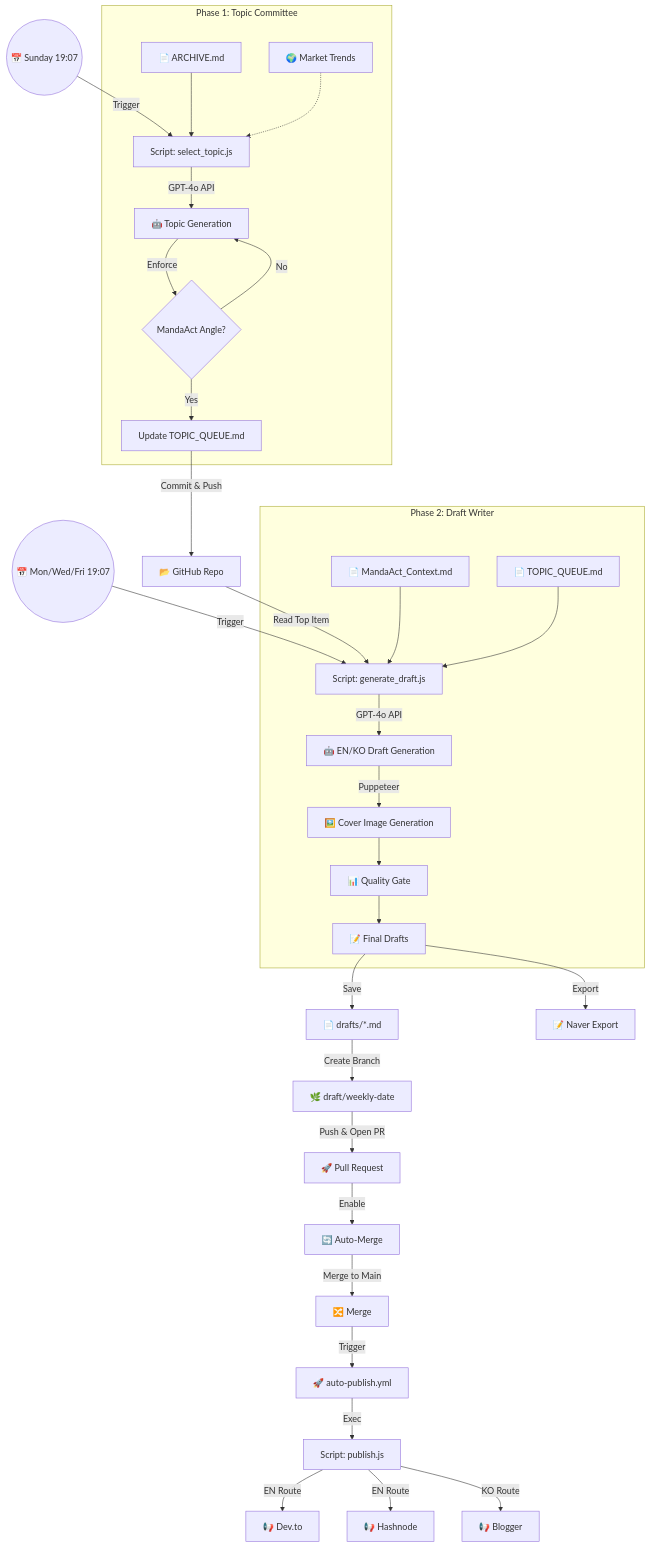
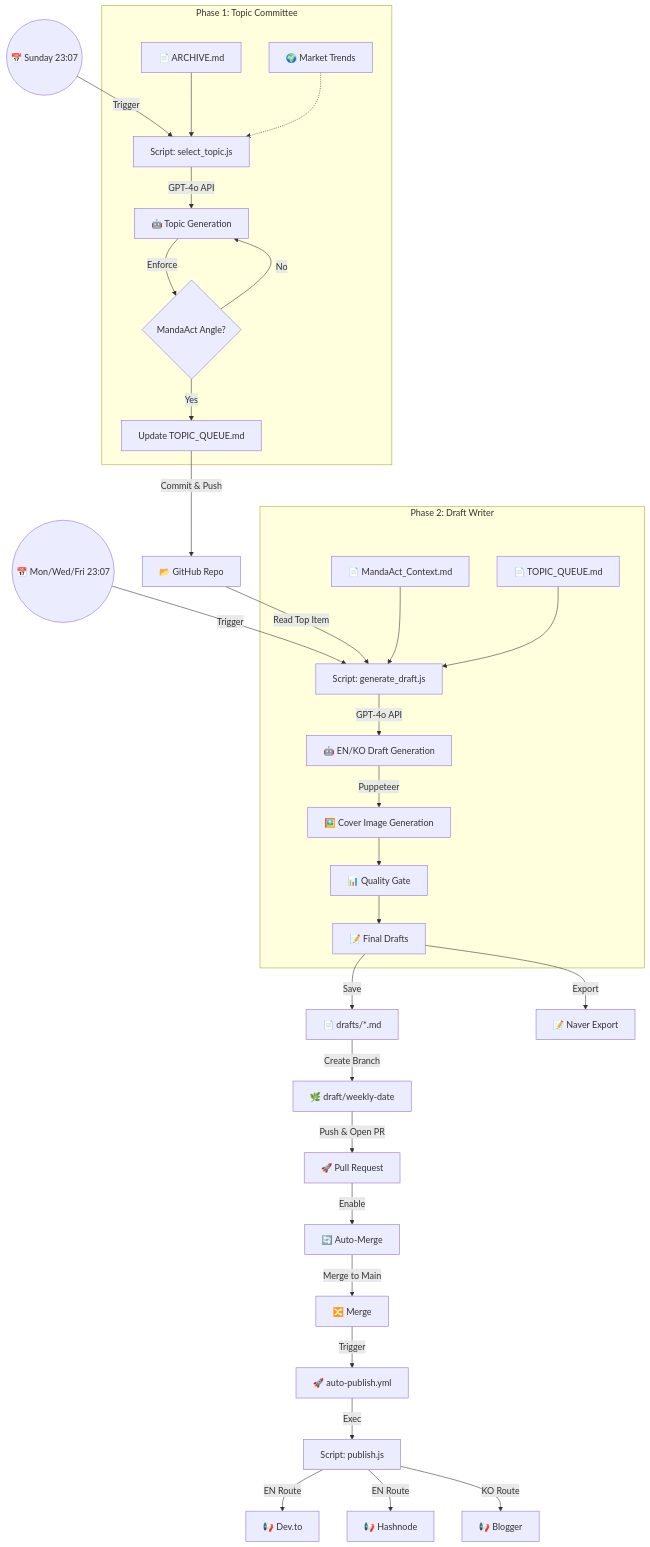
The diagram in AUTOMATION_FLOW.md (hevi35-coder/content-publisher), drawn with Mermaid before and after one commit. The commit also changed 5 other files, not shown here.

````diff
--- a/AUTOMATION_FLOW.md
+++ b/AUTOMATION_FLOW.md
@@ -5,47 +5,47 @@
 ```mermaid
 graph TD
     %% Schedules (KST)
-    Sunday((📅 Sunday 19:07)) -->|Trigger| TopicCommittee
-    MWF((📅 Mon/Wed/Fri 19:07)) -->|Trigger| DraftWriter
+    Sunday((📅 Sunday 23:07)) -->|Trigger| TopicCommittee
+    MWF((📅 Mon/Wed/Fri 23:07)) -->|Trigger| DraftWriter
 
     %% Phase 1: Topic Selection
     subgraph "Phase 1: Topic Committee"
         TopicCommittee[Script: select_topic.js]
         Archive[📄 ARCHIVE.md] --> TopicCommittee
         Trends[🌍 Market Trends] -.-> TopicCommittee
         TopicCommittee -->|GPT-4o API| AI_Topic[🤖 Topic Generation]
         AI_Topic -->|Enforce| MandaActAngle{MandaAct Angle?}
         MandaActAngle -- Yes --> QueueUpd[Update TOPIC_QUEUE.md]
         MandaActAngle -- No --> AI_Topic
     end
 
     %% Connection
     QueueUpd -->|Commit & Push| Repo[📂 GitHub Repo]
     Repo -->|Read Top Item| DraftWriter
 
     %% Phase 2: Draft Generation
     subgraph "Phase 2: Draft Writer"
         DraftWriter[Script: generate_draft.js]
         Context[📄 MandaAct_Context.md] --> DraftWriter
         Queue[📄 TOPIC_QUEUE.md] --> DraftWriter
         DraftWriter -->|GPT-4o API| AI_Draft[🤖 EN/KO Draft Generation]
         AI_Draft -->|Puppeteer| CoverGen[🖼️ Cover Image Generation]
         CoverGen --> QualityGate[📊 Quality Gate]
         QualityGate --> FinalDraft[📝 Final Drafts]
     end
 
     %% Phase 3: Delivery + Auto-Merge
     FinalDraft -->|Save| DraftFile[📄 drafts/*.md]
     DraftFile -->|Create Branch| Branch[🌿 draft/weekly-date]
     Branch -->|Push & Open PR| PR[🚀 Pull Request]
     PR -->|Enable| AutoMerge[🔄 Auto-Merge]
 
     %% Phase 4: Publish
     AutoMerge -->|Merge to Main| Merge[🔀 Merge]
     Merge -->|Trigger| AutoPublish[🚀 auto-publish.yml]
     AutoPublish -->|Exec| PublishScript[Script: publish.js]
     PublishScript -->|EN Route| DevTo[📢 Dev.to]
     PublishScript -->|EN Route| Hashnode[📢 Hashnode]
     PublishScript -->|KO Route| Blogger[📢 Blogger]
     FinalDraft -->|Export| Naver[📝 Naver Export]
 ```
````
